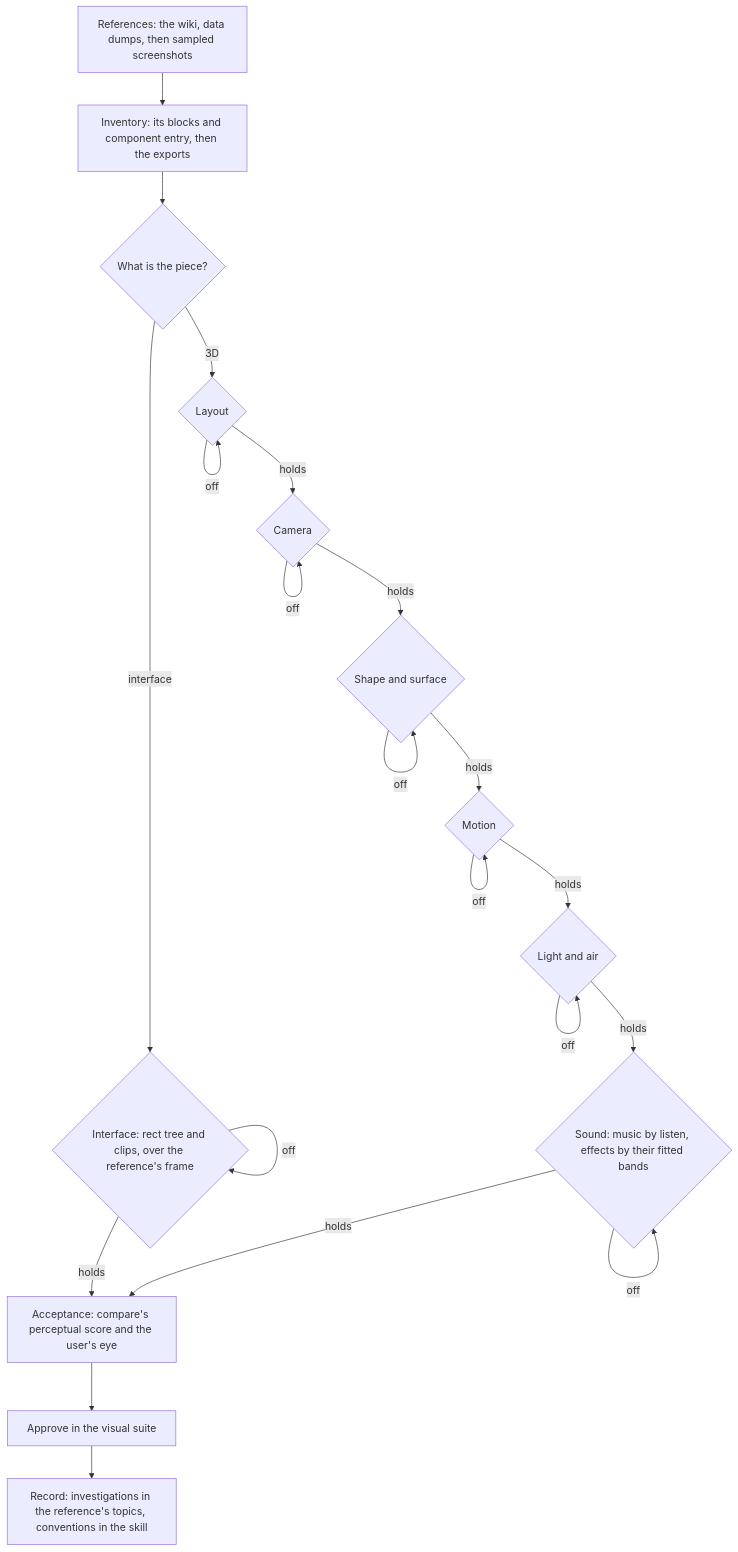
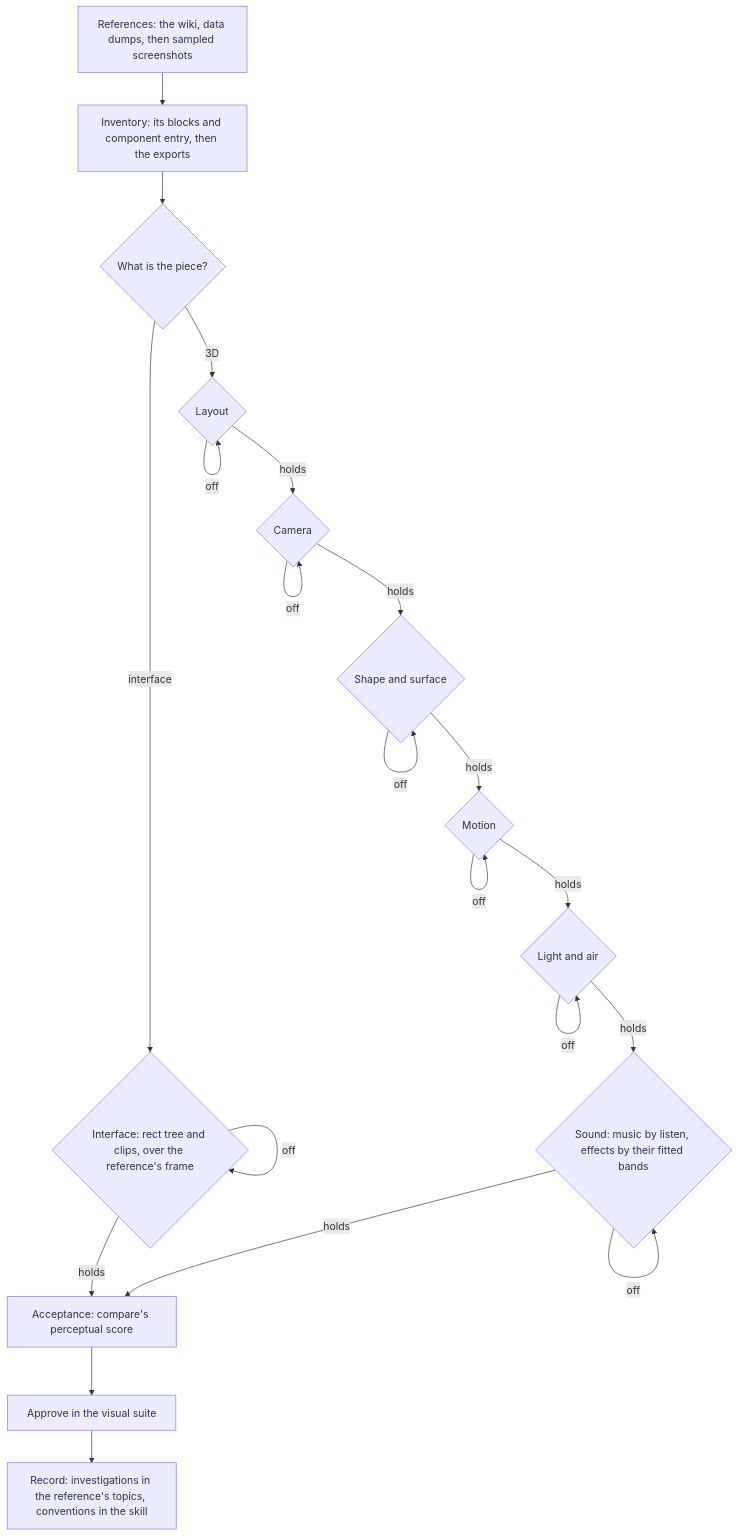
Before and after one commit to Esposter/Esposter: the diagram in openspec/specs/genshin/parity/passes/design.md, drawn with Mermaid. The commit also changed 62 other files, not shown here.

````diff
--- a/openspec/specs/genshin/parity/passes/design.md
+++ b/openspec/specs/genshin/parity/passes/design.md
@@ -5,23 +5,23 @@
 ```mermaid
 flowchart TD
   P["References: the wiki, data dumps, then sampled screenshots"] --> I["Inventory: its blocks and component entry, then the exports"]
   I --> K{What is the piece?}
   K -->|"interface"| UI{"Interface: rect tree and clips, over the reference's frame"}
   UI -->|off| UI
   K -->|"3D"| L{"Layout"}
   L -->|off| L
   L -->|holds| C{"Camera"}
   C -->|off| C
   C -->|holds| S{"Shape and surface"}
   S -->|off| S
   S -->|holds| M{"Motion"}
   M -->|off| M
   M -->|holds| G{"Light and air"}
   G -->|off| G
   G -->|holds| N{"Sound: music by listen, effects by their fitted bands"}
   N -->|off| N
-  N -->|holds| A["Acceptance: compare's perceptual score and the user's eye"]
+  N -->|holds| A["Acceptance: compare's perceptual score"]
   UI -->|holds| A
   A --> V["Approve in the visual suite"]
   V --> R["Record: investigations in the reference's topics, conventions in the skill"]
 ```
````
